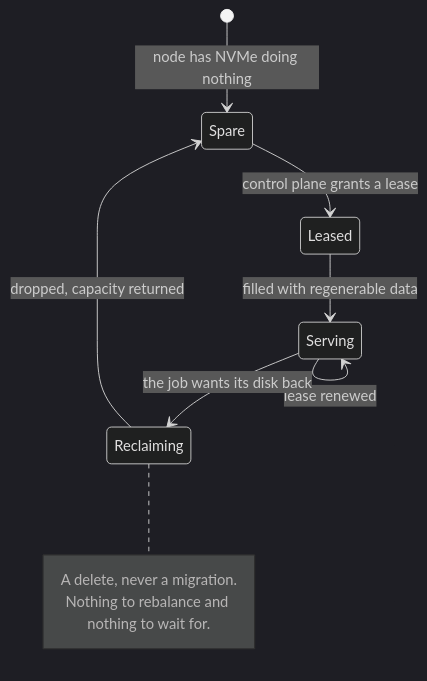
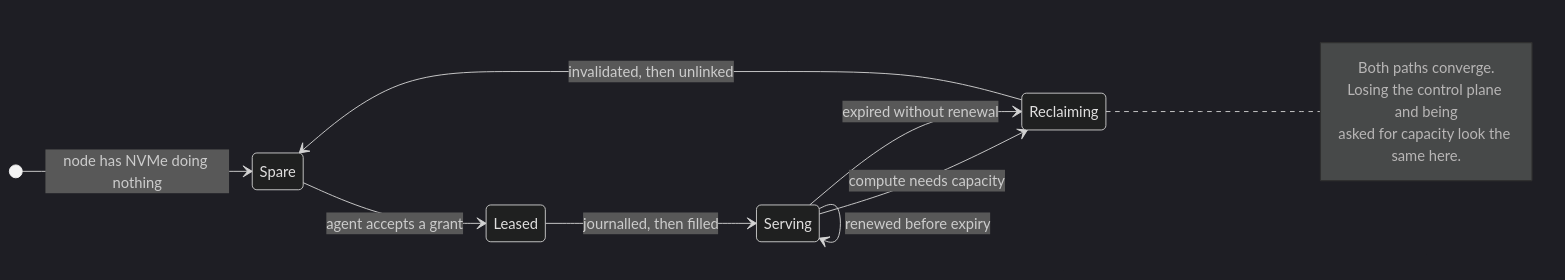
Before and after one commit to mayur-tolexo/forebay: the fifth of 6 diagrams in docs/architecture.md, drawn with Mermaid (dark theme). The commit also changed other lines of this file and 5 other files, not shown here.

````diff
--- a/docs/architecture.md
+++ b/docs/architecture.md
@@ -58,13 +182,16 @@
 ```mermaid
 stateDiagram-v2
+    direction LR
     [*] --> Spare: node has NVMe doing nothing
-    Spare --> Leased: control plane grants a lease
-    Leased --> Serving: filled with regenerable data
-    Serving --> Serving: lease renewed
-    Serving --> Reclaiming: the job wants its disk back
-    Reclaiming --> Spare: dropped, capacity returned
+    Spare --> Leased: agent accepts a grant
+    Leased --> Serving: journalled, then filled
+    Serving --> Serving: renewed before expiry
+    Serving --> Reclaiming: compute needs capacity
+    Serving --> Reclaiming: expired without renewal
+    Reclaiming --> Spare: invalidated, then unlinked
     note right of Reclaiming
-        A delete, never a migration.
-        Nothing to rebalance and nothing to wait for.
+        Both paths converge.
+        Losing the control plane and being
+        asked for capacity look the same here.
     end note
 ```
````
